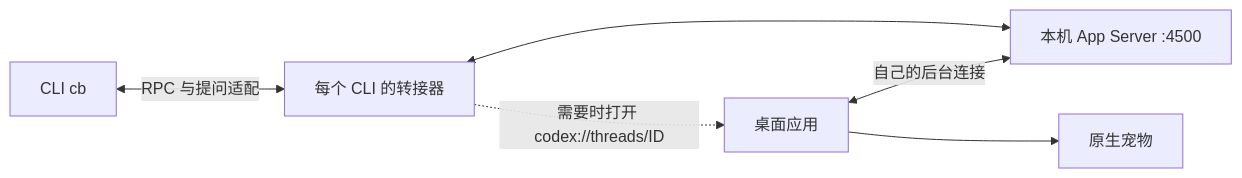
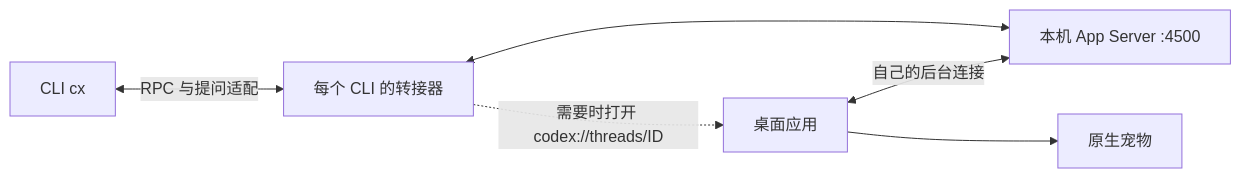
Before and after one commit to houhongxu/codex-bridge: the diagram in docs/architecture.md, drawn with Mermaid. The commit also changed other lines of this file and 17 other files, not shown here.

````diff
--- a/docs/architecture.md
+++ b/docs/architecture.md
@@ -7,8 +7,8 @@
 ```mermaid
 flowchart LR
-    CLI[CLI cb] <-->|RPC 与提问适配| Relay[每个 CLI 的转接器]
+    CLI[CLI cx] <-->|RPC 与提问适配| Relay[每个 CLI 的转接器]
     Relay <--> Server[本机 App Server :4500]
     Desktop[桌面应用] <-->|自己的后台连接| Server
     Relay -.->|需要时打开 codex://threads/ID| Desktop
     Desktop --> Pet[原生宠物]
 ```
````
